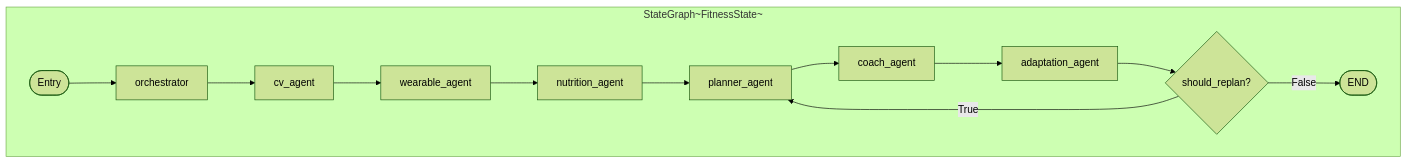
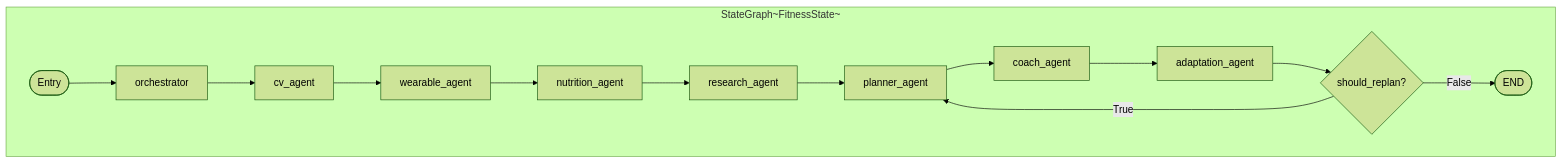
One commit to pankajshakya627/AthletixAI changed diagram 12 of 17 in docs/LLD.md. Above: the diagram before and after it, drawn with Mermaid (forest theme). The commit also changed other lines of this file and 1 other file, not shown here.

First line of the commit message:
docs: Complete documentation update for Research Agent and Memory System

````diff
--- a/docs/LLD.md
+++ b/docs/LLD.md
@@ -253,16 +411,17 @@
 ```mermaid
 flowchart LR
     subgraph Graph["StateGraph~FitnessState~"]
         direction LR
         E([Entry]) --> O[orchestrator]
         O --> CV[cv_agent]
         CV --> W[wearable_agent]
         W --> N[nutrition_agent]
-        N --> P[planner_agent]
+        N --> R[research_agent]
+        R --> P[planner_agent]
         P --> C[coach_agent]
         C --> A[adaptation_agent]
         A --> D{should_replan?}
         D -->|True| P
         D -->|False| END([END])
     end
 ```
````
